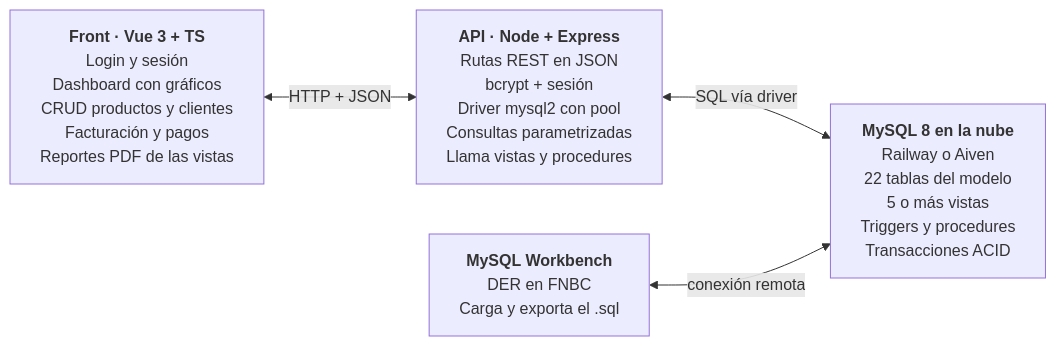
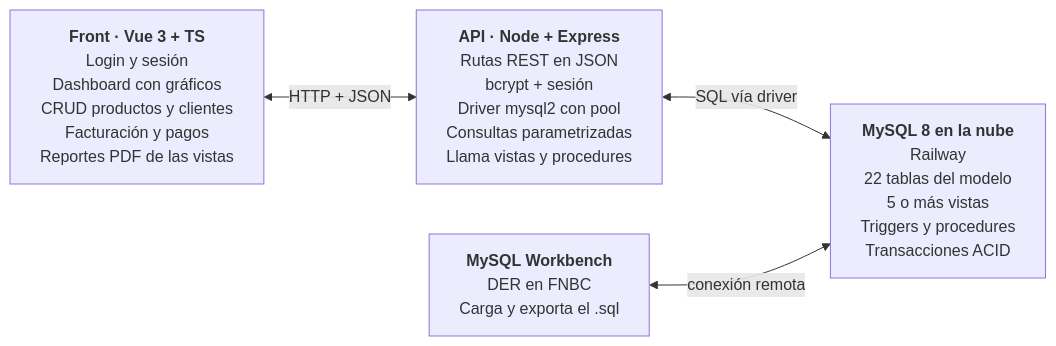
The second of 2 diagrams in docs/planificacion.md (Milo18113/carlitos-co-admin), drawn with Mermaid before and after one commit. The commit also changed other lines of this file and 10 other files, not shown here.

````diff
--- a/docs/planificacion.md
+++ b/docs/planificacion.md
@@ -168,10 +170,10 @@
 ```mermaid
 flowchart LR
   F["<b>Front · Vue 3 + TS</b><br/>Login y sesión<br/>Dashboard con gráficos<br/>CRUD productos y clientes<br/>Facturación y pagos<br/>Reportes PDF de las vistas"]
   A["<b>API · Node + Express</b><br/>Rutas REST en JSON<br/>bcrypt + sesión<br/>Driver mysql2 con pool<br/>Consultas parametrizadas<br/>Llama vistas y procedures"]
-  D["<b>MySQL 8 en la nube</b><br/>Railway o Aiven<br/>22 tablas del modelo<br/>5 o más vistas<br/>Triggers y procedures<br/>Transacciones ACID"]
+  D["<b>MySQL 8 en la nube</b><br/>Railway<br/>22 tablas del modelo<br/>5 o más vistas<br/>Triggers y procedures<br/>Transacciones ACID"]
   W["<b>MySQL Workbench</b><br/>DER en FNBC<br/>Carga y exporta el .sql"]
   F <-->|HTTP + JSON| A
   A <-->|SQL vía driver| D
   W <-->|conexión remota| D
 ```
````
